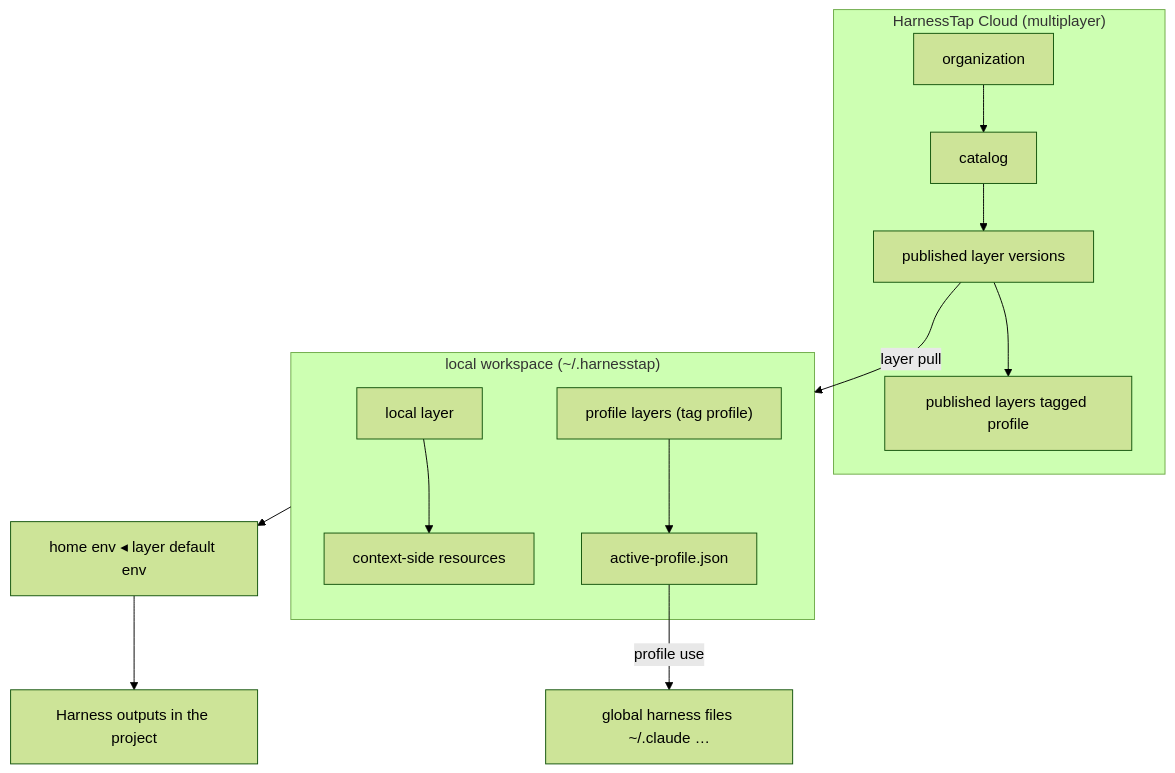
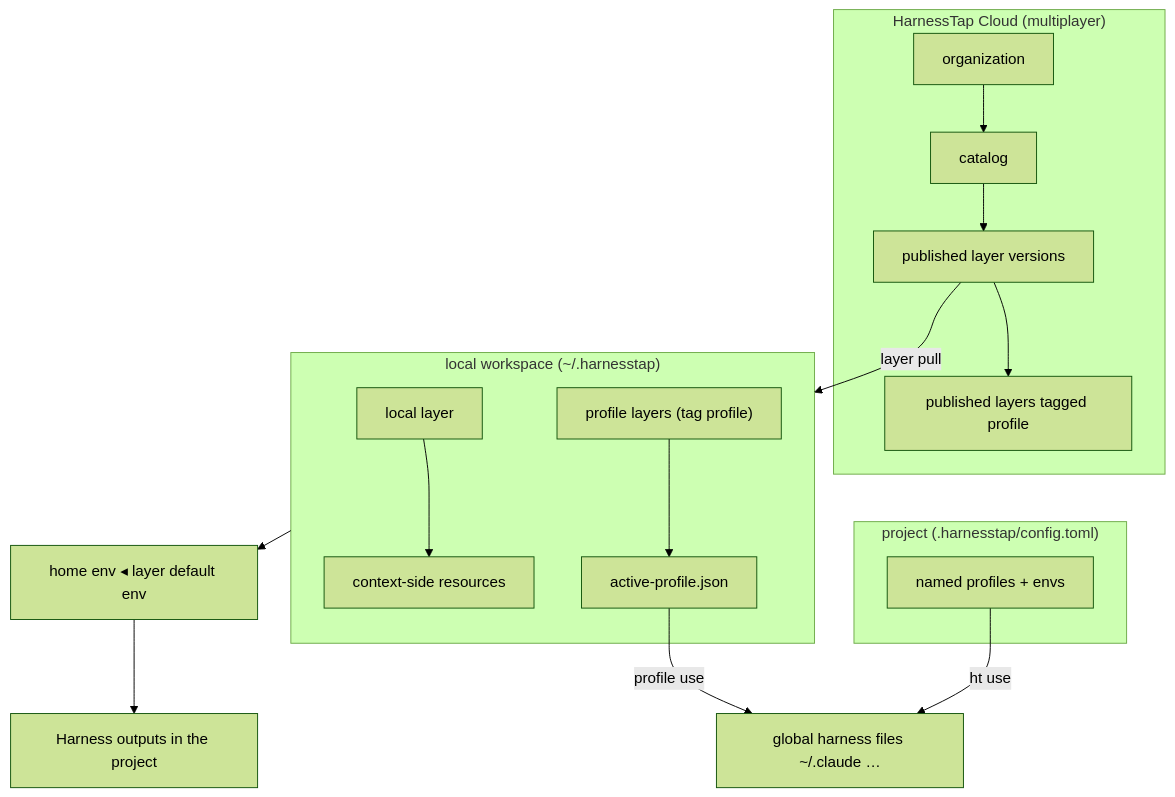
One commit to harnesstap/harnesstap changed the diagram in SPEC.md. Above: the diagram before and after it, drawn with Mermaid (forest theme). The commit also changed other lines of this file, not shown here.

Commit message:
feat(spec): enhance workflows and CLI commands for layer management and project configuration

````diff
--- a/SPEC.md
+++ b/SPEC.md
@@ -29,25 +33,30 @@
 ```mermaid
 flowchart TB
   subgraph Cloud["HarnessTap Cloud (multiplayer)"]
     Org[organization]
     Cat[catalog]
     PubL[published layer versions]
     PubP["published layers tagged profile"]
     Org --> Cat --> PubL
     PubL --> PubP
   end
 
   subgraph Workspace["local workspace (~/.harnesstap)"]
     LL[local layer]
     Res[context-side resources]
     PL["profile layers (tag profile)"]
     AP[active-profile.json]
     LL --> Res
     PL --> AP
   end
 
+  subgraph Project["project (.harnesstap/config.toml)"]
+    PC[named profiles + envs]
+  end
+
   PubL -->|layer pull| Workspace
   Workspace --> Cascade["home env ◂ layer default env"]
   AP -->|profile use| Global["global harness files ~/.claude …"]
+  PC -->|ht use| Global
   Cascade --> Out[Harness outputs in the project]
 ```
````
